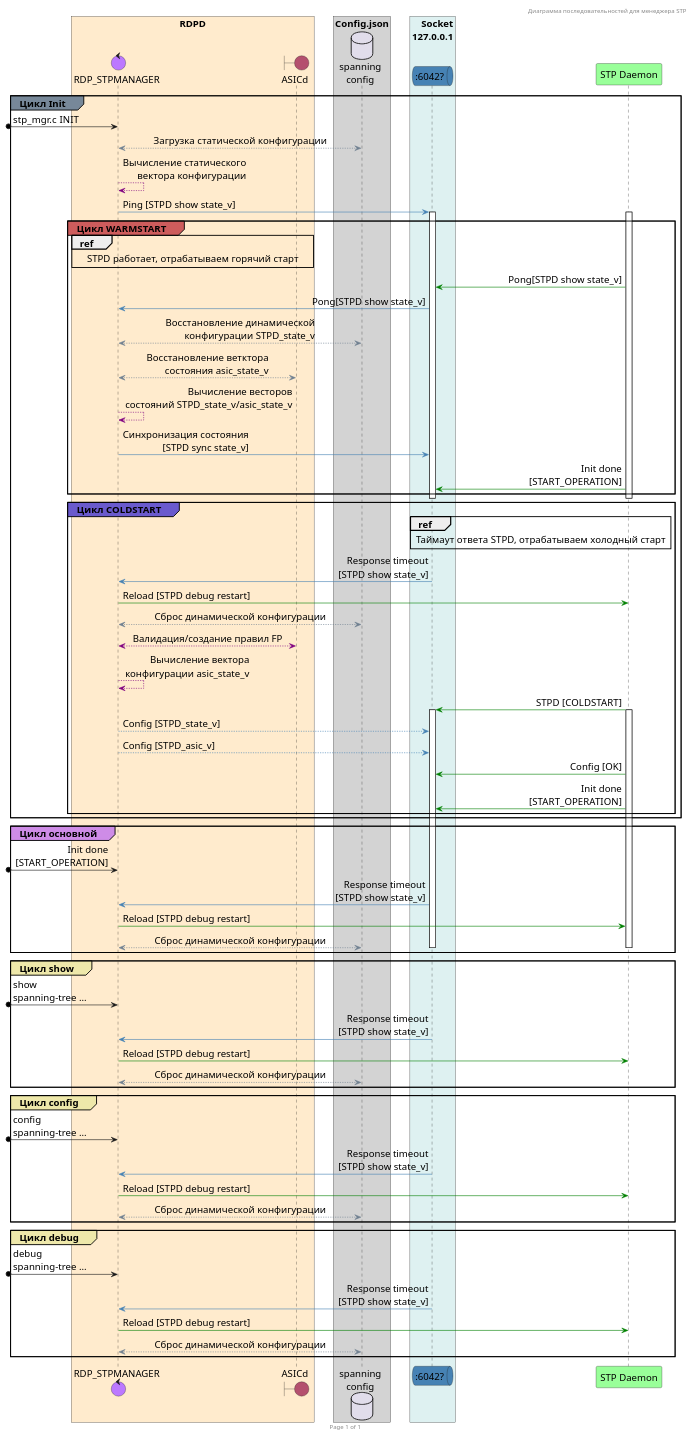
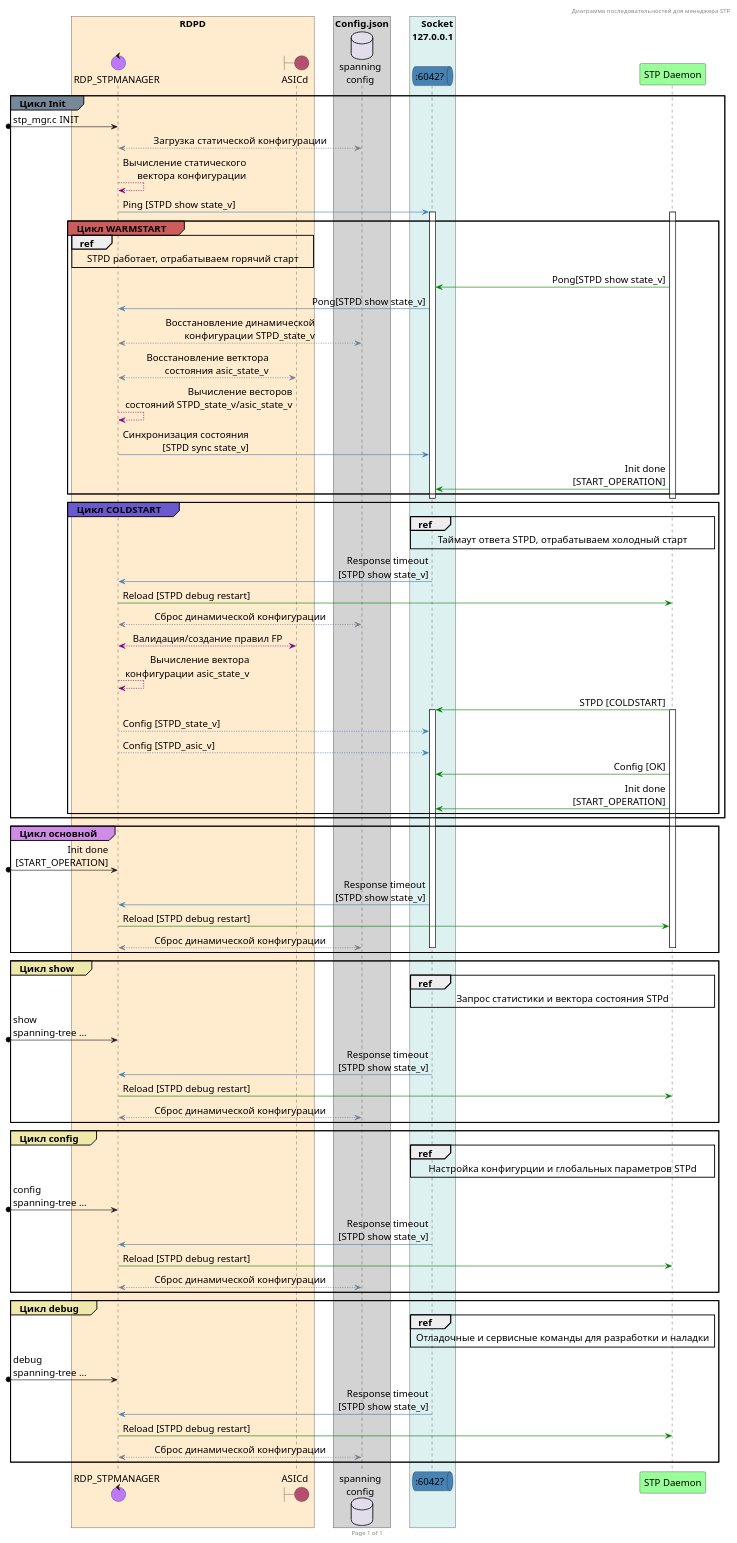
The diagram in sequence_stp_manager.plantuml (seregega/sonic-stp), drawn with PlantUML before and after one commit. The commit also changed 2 other files, not shown here.

```diff
--- a/sequence_stp_manager.plantuml
+++ b/sequence_stp_manager.plantuml
@@ -1,118 +1,121 @@
 @startuml
 
 header Диаграмма последовательностей для менеджера STP
 footer Page %page% of %lastpage%
 
 skinparam shadowing<<no_shadow>> false
 skinparam shadowing<<with_shadow>> true
 skinparam sequenceMessageAlign direction
 
 skinparam ParticipantPadding 12
 skinparam BoxPadding 15
 
 skinparam defaultFontSize 16
 skinparam defaultFontName Papyrus
 
 
 box "RDPD" #BlanchedAlmond
 control "RDP_STPMANAGER" as RDPD #bc78ff
 boundary "ASICd" as ASIC #b4506e
 end box
 
 box "Config.json" #LightGrey
 database "spanning\nconfig" as CONFIG #e1ddeb
 ' collections "NETLINK_IF" as Netlink #dfa800
 end box
 
 box "  Socket\r127.0.0.1"#def1f1
 queue ":6042?" as Socket #SteelBlue
 ' collections "NETLINK_IF" as Netlink #dfa800
 end box
 
 participant "STP Daemon" as Daemon #99FF99
 
 
 group#LightSlateGrey Цикл Init
     [o-> RDPD : stp_mgr.c INIT
     RDPD <-[#SlateGrey]-> CONFIG : Загрузка статической конфигурации
     RDPD -[#purple]-> RDPD : Вычисление статического\r вектора конфигурации
     RDPD -[#SteelBlue]> Socket : Ping [STPD show state_v]
     activate Socket
 
     activate Daemon
     group#IndianRed Цикл WARMSTART
         ref over RDPD, ASIC : STPD работает, отрабатываем горячий старт
         Daemon -[#green]> Socket : Pong[STPD show state_v]
         Socket -[#SteelBlue]> RDPD : Pong[STPD show state_v]
         RDPD <-[#SlateGrey]-> CONFIG : Восстановление динамической\r конфигурации STPD_state_v
         RDPD <-[#SlateGrey]-> ASIC : Восстановление ветктора\r состояния asic_state_v
         RDPD -[#purple]-> RDPD : Вычисление весторов\r состояний STPD_state_v/asic_state_v
         RDPD -[#SteelBlue]> Socket : Синхронизация состояния\r [STPD sync state_v]
         Daemon [#green]-> Socket : Init done\r [START_OPERATION]
 
 
         ' Daemon <-[#green]-> Socket : recv timeout
 
 
     end
     deactivate Socket
     deactivate Daemon
 
     group#SlateBlue Цикл COLDSTART
         ref over Socket, Daemon : Таймаут ответа STPD, отрабатываем холодный старт
         Socket -[#SteelBlue]> RDPD : Response timeout\r[STPD show state_v]
         RDPD -[#green]> Daemon : Reload [STPD debug restart]
         RDPD <-[#SlateGrey]-> CONFIG : Сброс динамической конфигурации
         RDPD <-[#purple]-> ASIC : Валидация/создание правил FP
         RDPD -[#purple]-> RDPD : Вычисление вектора\r конфигурации asic_state_v
         Daemon [#green]-> Socket : STPD [COLDSTART]
         activate Socket
         activate Daemon
         RDPD --[#SteelBlue]> Socket : Config [STPD_state_v]
         RDPD --[#SteelBlue]> Socket : Config [STPD_asic_v]
         Daemon [#green]-> Socket : Config [OK]
         Daemon [#green]-> Socket : Init done\r [START_OPERATION]
 
 
 
     end
     ' Netlink --[#df7000]> Daemon : Получение всех актуальных интерфейсов системы
     ' Daemon -[#purple]> RDPD : Валидация Field-Processor ASIC
     ' RDPD <-[#b4506e]> ASIC : Sync FP ASIC
 end
 
 
 group#ce8ce7 Цикл основной
     [o-> RDPD : Init done\r [START_OPERATION]
     Socket -[#SteelBlue]> RDPD : Response timeout\r[STPD show state_v]
     RDPD -[#green]> Daemon : Reload [STPD debug restart]
     RDPD <-[#SlateGrey]-> CONFIG : Сброс динамической конфигурации
     deactivate Socket
     deactivate Daemon
 end
 
 
 group#PaleGoldenRod Цикл show
+    ref over Socket, Daemon : Запрос статистики и вектора состояния STPd
     [o-> RDPD : show\nspanning-tree ...
     Socket -[#SteelBlue]> RDPD : Response timeout\r[STPD show state_v]
     RDPD -[#green]> Daemon : Reload [STPD debug restart]
     RDPD <-[#SlateGrey]-> CONFIG : Сброс динамической конфигурации
 end
 
 
 group#PaleGoldenRod Цикл config
+    ref over Socket, Daemon : Настройка конфигурции и глобальных параметров STPd
     [o-> RDPD : config\nspanning-tree ...
     Socket -[#SteelBlue]> RDPD : Response timeout\r[STPD show state_v]
     RDPD -[#green]> Daemon : Reload [STPD debug restart]
     RDPD <-[#SlateGrey]-> CONFIG : Сброс динамической конфигурации
 end
 
 group#PaleGoldenRod Цикл debug
+    ref over Socket, Daemon : Отладочные и сервисные команды для разработки и наладки
     [o-> RDPD : debug\nspanning-tree ...
     Socket -[#SteelBlue]> RDPD : Response timeout\r[STPD show state_v]
     RDPD -[#green]> Daemon : Reload [STPD debug restart]
     RDPD <-[#SlateGrey]-> CONFIG : Сброс динамической конфигурации
 end
 
 
 @enduml
```
